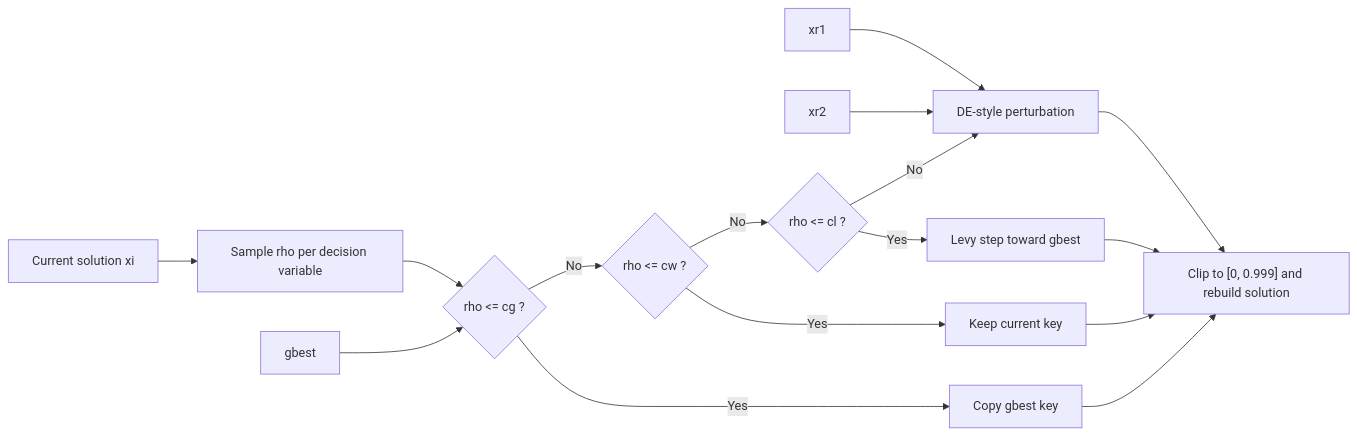
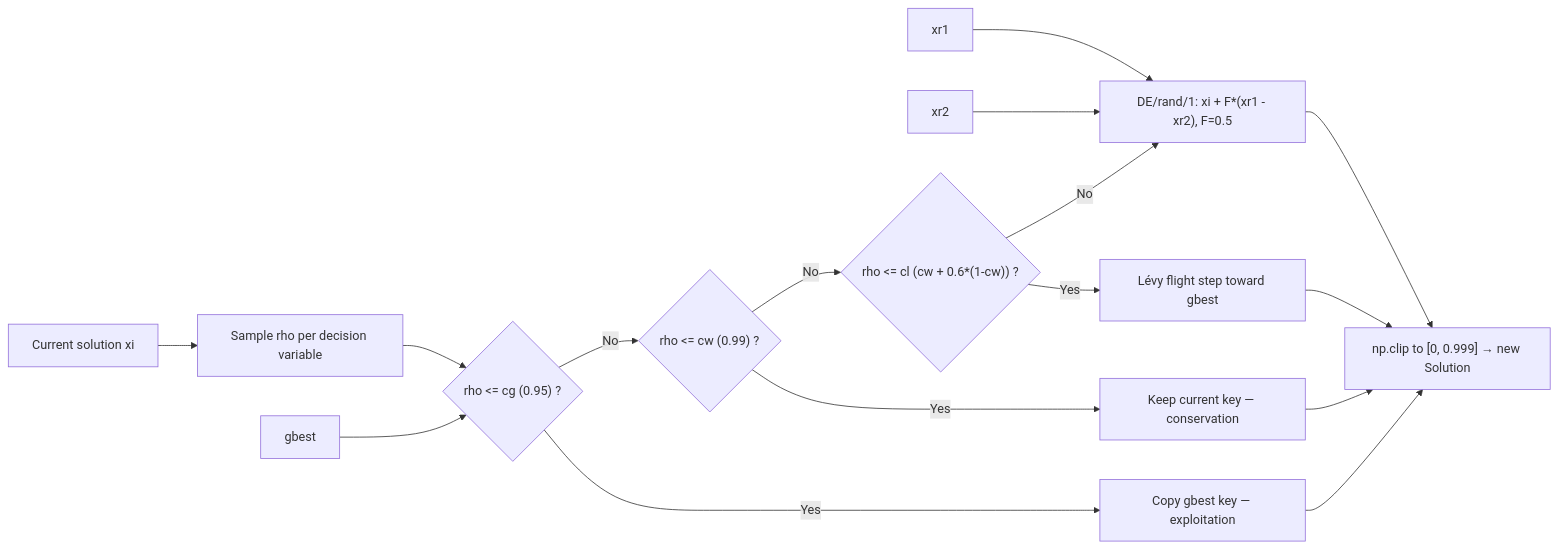
Before and after one commit to nmhieu981/vrptw-for-pisso: the fourth of 8 diagrams in q1_diagrams_mermaid.md, drawn with Mermaid. The commit also changed other lines of this file, not shown here.

````diff
--- a/q1_diagrams_mermaid.md
+++ b/q1_diagrams_mermaid.md
@@ -93,20 +169,20 @@
 ```mermaid
 flowchart LR
     A["Current solution xi"] --> B["Sample rho per decision variable"]
     G["gbest"] --> C
     R1["xr1"] --> D
     R2["xr2"] --> D
 
-    B --> C{"rho <= cg ?"}
-    C -- "Yes" --> C1["Copy gbest key"]
-    C -- "No" --> D0{"rho <= cw ?"}
-    D0 -- "Yes" --> D1["Keep current key"]
-    D0 -- "No" --> E0{"rho <= cl ?"}
-    E0 -- "Yes" --> E1["Levy step toward gbest"]
-    E0 -- "No" --> D["DE-style perturbation"]
+    B --> C{"rho <= cg (0.95) ?"}
+    C -- "Yes" --> C1["Copy gbest key — exploitation"]
+    C -- "No" --> D0{"rho <= cw (0.99) ?"}
+    D0 -- "Yes" --> D1["Keep current key — conservation"]
+    D0 -- "No" --> E0{"rho <= cl (cw + 0.6*(1-cw)) ?"}
+    E0 -- "Yes" --> E1["Lévy flight step toward gbest"]
+    E0 -- "No" --> D["DE/rand/1: xi + F*(xr1 - xr2), F=0.5"]
 
-    C1 --> Z["Clip to [0, 0.999] and rebuild solution"]
+    C1 --> Z["np.clip to [0, 0.999] → new Solution"]
     D1 --> Z
     E1 --> Z
     D --> Z
 ```
````
